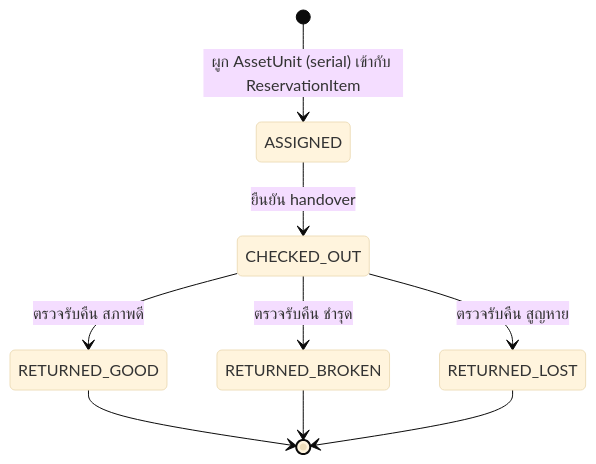
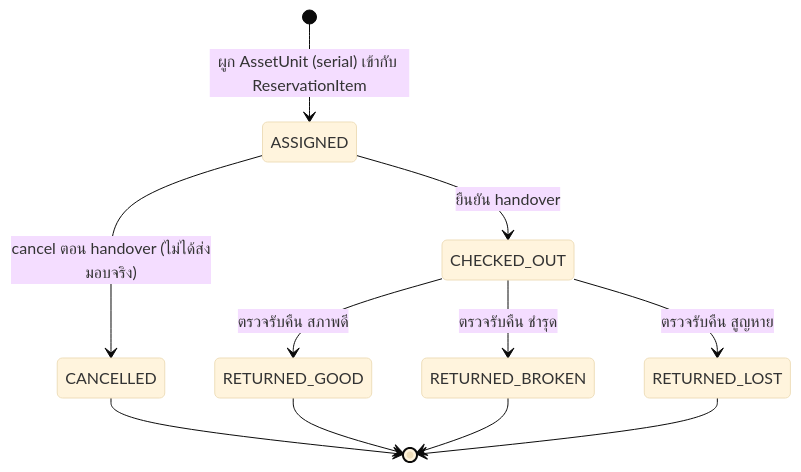
One commit to Faiisu/asset-reserve changed the fourth of 5 diagrams in docs/software_spec/lifecycle-and-state-machines.md. Above: the diagram before and after it, drawn with Mermaid (base theme). The commit also changed other lines of this file and 18 other files, not shown here.

````diff
--- a/docs/software_spec/lifecycle-and-state-machines.md
+++ b/docs/software_spec/lifecycle-and-state-machines.md
@@ -103,11 +110,13 @@
 ```mermaid
 stateDiagram-v2
     [*] --> ASSIGNED: ผูก AssetUnit (serial) เข้ากับ ReservationItem
     ASSIGNED --> CHECKED_OUT: ยืนยัน handover
+    ASSIGNED --> CANCELLED: cancel ตอน handover (ไม่ได้ส่งมอบจริง)
+    CANCELLED --> [*]
     CHECKED_OUT --> RETURNED_GOOD: ตรวจรับคืน สภาพดี
     CHECKED_OUT --> RETURNED_BROKEN: ตรวจรับคืน ชำรุด
     CHECKED_OUT --> RETURNED_LOST: ตรวจรับคืน สูญหาย
     RETURNED_GOOD --> [*]
     RETURNED_BROKEN --> [*]
     RETURNED_LOST --> [*]
 ```
````
